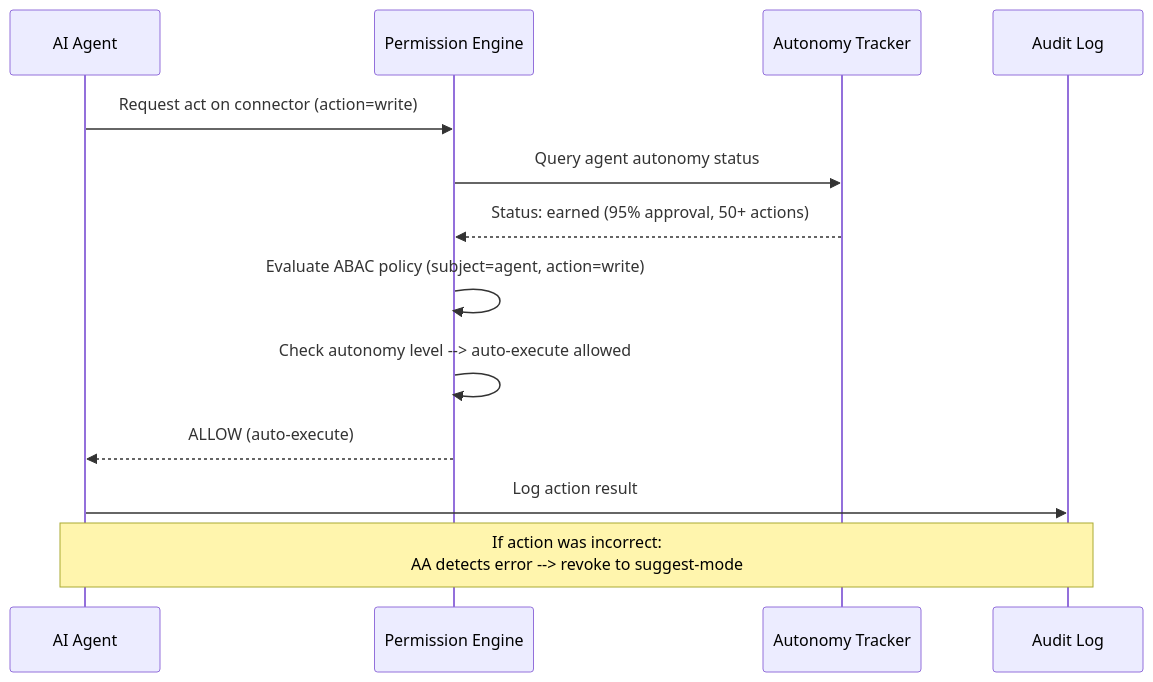
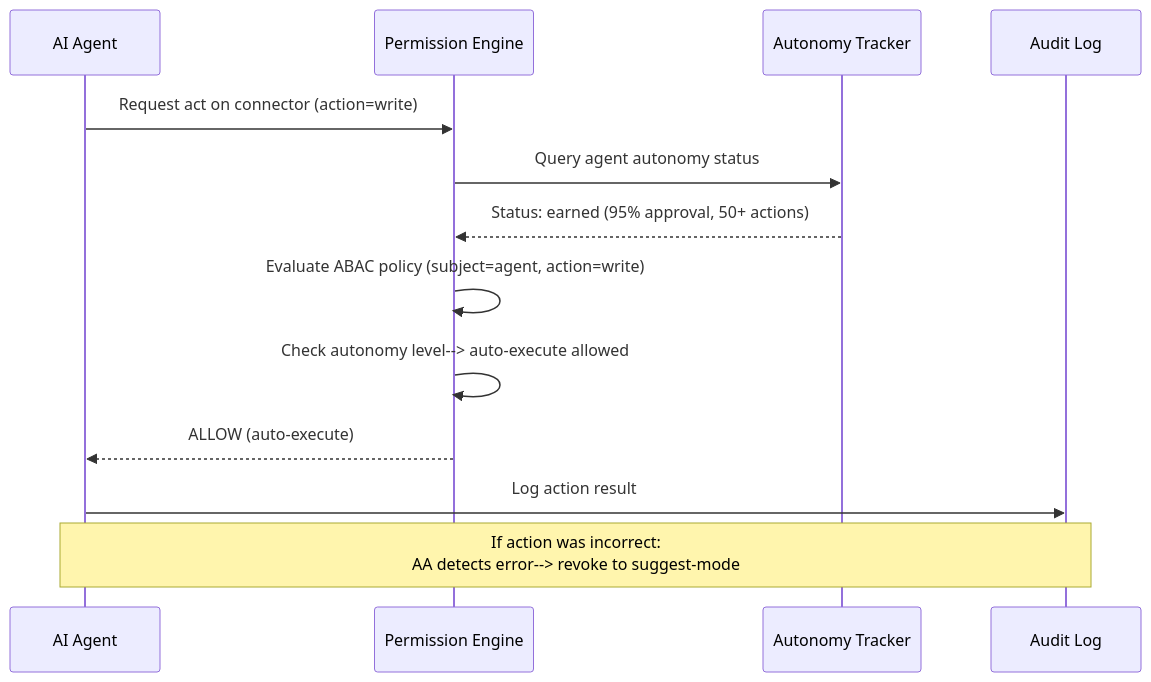
One commit to Driftloom/Vaeloom changed the second of 2 diagrams in docs/backend/Authorization.md. Above: the diagram before and after it, drawn with Mermaid. The commit also changed other lines of this file and 694 other files, not shown here.

First line of the commit message:
docs: mermaid standardization — encoding/mermaid/duplicate cleanup

````diff
--- a/docs/backend/Authorization.md
+++ b/docs/backend/Authorization.md
@@ -188,17 +188,17 @@
 ```mermaid
 sequenceDiagram
-    participant Agent as AI Agent
-    participant PE as Permission Engine
-    participant AA as Autonomy Tracker
-    participant AL as Audit Log
+ participant Agent as AI Agent
+ participant PE as Permission Engine
+ participant AA as Autonomy Tracker
+ participant AL as Audit Log
 
-    Agent->>PE: Request act on connector (action=write)
-    PE->>AA: Query agent autonomy status
-    AA-->>PE: Status: earned (95% approval, 50+ actions)
-    PE->>PE: Evaluate ABAC policy (subject=agent, action=write)
-    PE->>PE: Check autonomy level --> auto-execute allowed
-    PE-->>Agent: ALLOW (auto-execute)
-    Agent->>AL: Log action result
+ Agent->>PE: Request act on connector (action=write)
+ PE->>AA: Query agent autonomy status
+ AA-->>PE: Status: earned (95% approval, 50+ actions)
+ PE->>PE: Evaluate ABAC policy (subject=agent, action=write)
+ PE->>PE: Check autonomy level--> auto-execute allowed
+ PE-->>Agent: ALLOW (auto-execute)
+ Agent->>AL: Log action result
 
-    Note over Agent,AL: If action was incorrect:<br/>AA detects error --> revoke to suggest-mode
+ Note over Agent,AL: If action was incorrect:<br/>AA detects error--> revoke to suggest-mode
 ```
````
